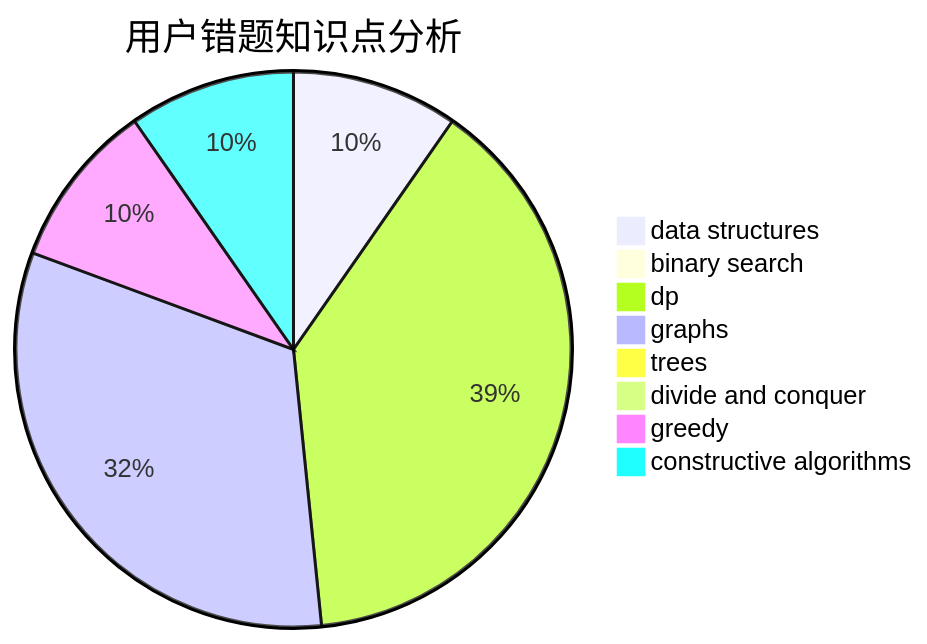
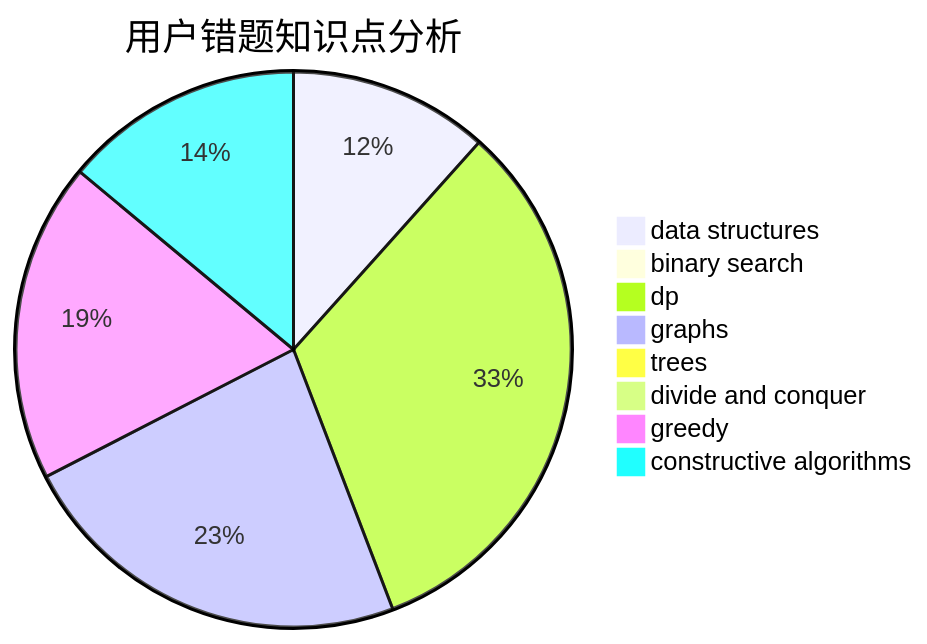
The third of 3 diagrams in docs/user/u2466.md (sherpahu/cfrs.github.io), drawn with Mermaid before and after one commit. The commit also changed other lines of this file and 2770 other files, not shown here.

````diff
--- a/docs/user/u2466.md
+++ b/docs/user/u2466.md
@@ -36,11 +36,11 @@
 ```mermaid
 pie title 用户错题知识点分析
-    "data structures" :  3
+    "data structures" :  5
     "binary search" :  0
-    "dp" :  12
+    "dp" :  14
     "graphs" :  10
     "trees" :  0
     "divide and conquer" :  0
-    "greedy" :  3
-    "constructive algorithms" :  3
+    "greedy" :  8
+    "constructive algorithms" :  6
 ```
````
